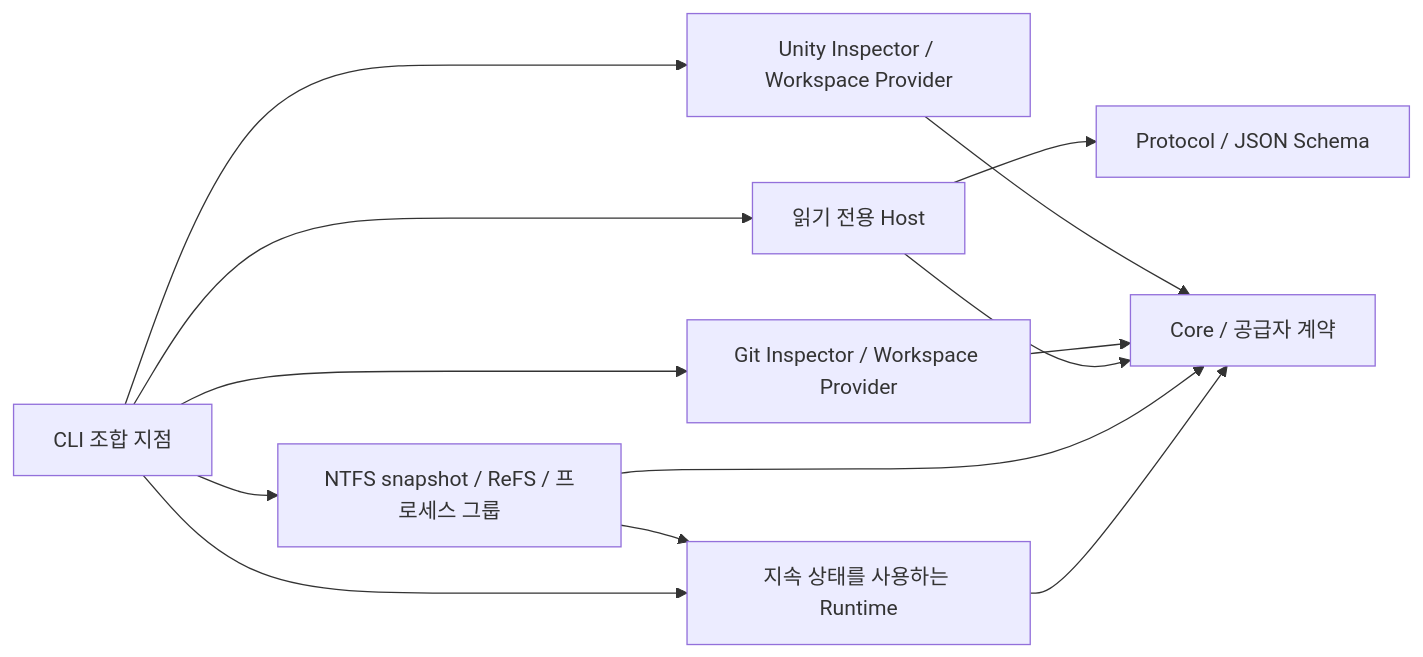
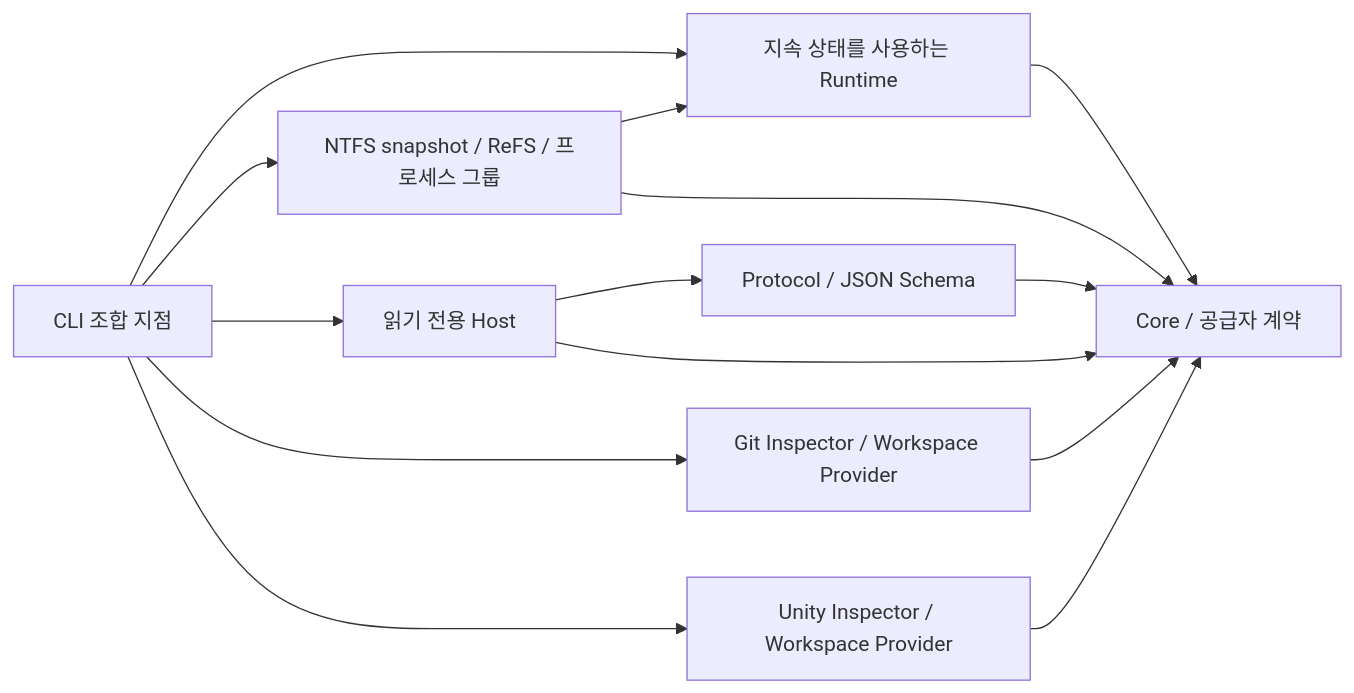
The diagram in docs/foundation.md (olivecrow/splinter), drawn with Mermaid before and after one commit. The commit also changed other lines of this file and 52 other files, not shown here.

````diff
--- a/docs/foundation.md
+++ b/docs/foundation.md
@@ -40,15 +41,16 @@
 ```mermaid
 flowchart LR
     CLI[CLI 조합 지점] --> Host[읽기 전용 Host]
     CLI --> Runtime[지속 상태를 사용하는 Runtime]
     Runtime --> Core
     CLI --> Git[Git Inspector / Workspace Provider]
     CLI --> Unity[Unity Inspector / Workspace Provider]
     CLI --> Windows[NTFS snapshot / ReFS / 프로세스 그룹]
     Windows --> Core
     Windows --> Runtime
     Host --> Protocol[Protocol / JSON Schema]
+    Protocol --> Core
     Host --> Core[Core / 공급자 계약]
     Git --> Core
     Unity --> Core
 ```
````
